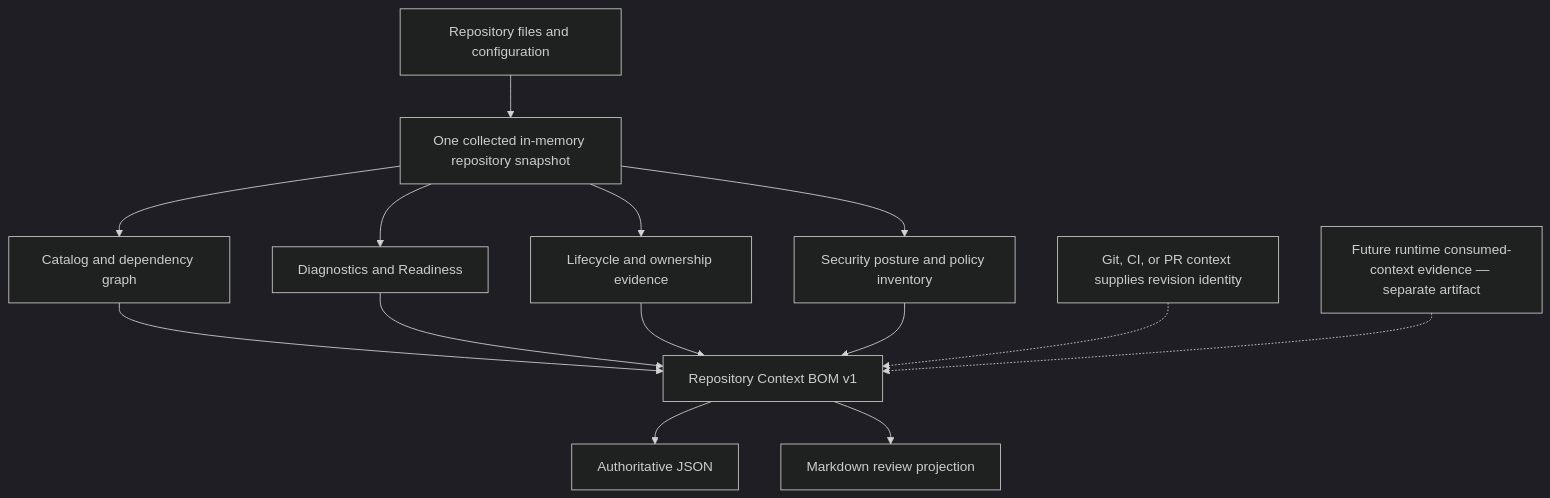
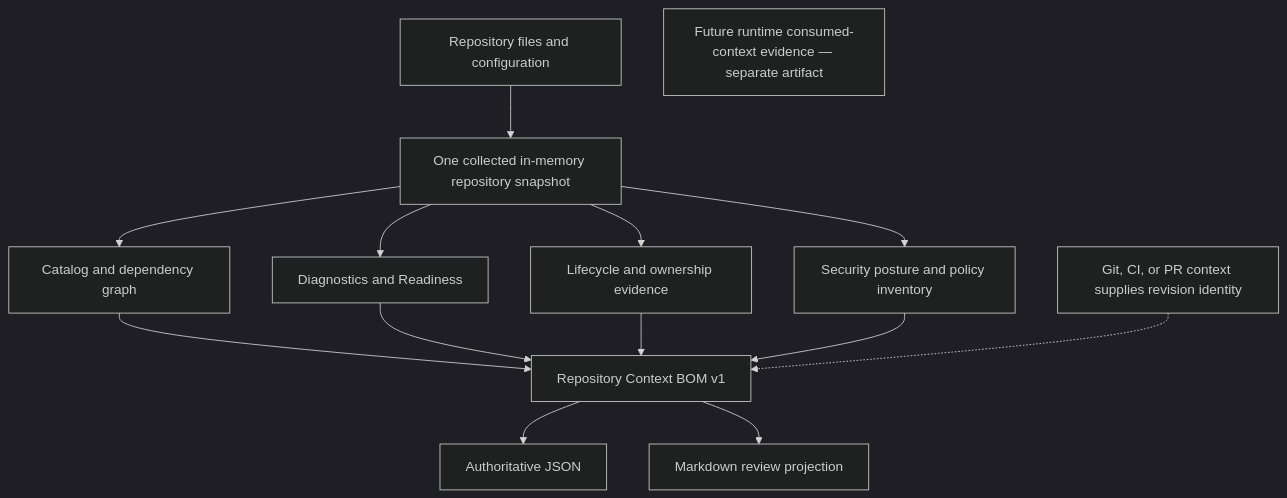
The diagram in docs/repository-context-bom.md (KazuCocoa/renma), drawn with Mermaid (dark theme) before and after one commit. The commit also changed 9 other files, not shown here.

````diff
--- a/docs/repository-context-bom.md
+++ b/docs/repository-context-bom.md
@@ -7,27 +7,26 @@
 ```mermaid
 flowchart TD
   Sources["Repository files and configuration"]
   Snapshot["One collected in-memory repository snapshot"]
   Catalog["Catalog and dependency graph"]
   Diagnostics["Diagnostics and Readiness"]
   Governance["Lifecycle and ownership evidence"]
   Security["Security posture and policy inventory"]
   Bom["Repository Context BOM v1"]
   Json["Authoritative JSON"]
   Markdown["Markdown review projection"]
   Revision["Git, CI, or PR context supplies revision identity"]
   Runtime["Future runtime consumed-context evidence — separate artifact"]
   Sources --> Snapshot
   Snapshot --> Catalog
   Snapshot --> Diagnostics
   Snapshot --> Governance
   Snapshot --> Security
   Catalog --> Bom
   Diagnostics --> Bom
   Governance --> Bom
   Security --> Bom
   Bom --> Json
   Bom --> Markdown
   Revision -.-> Bom
-  Runtime -.-> Bom
 ```
````
